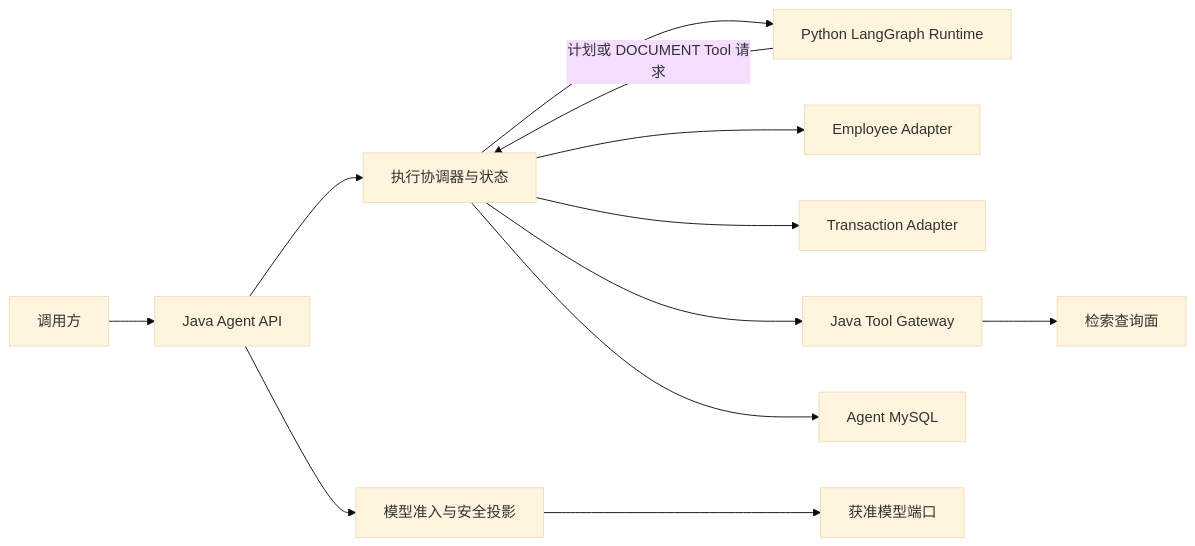
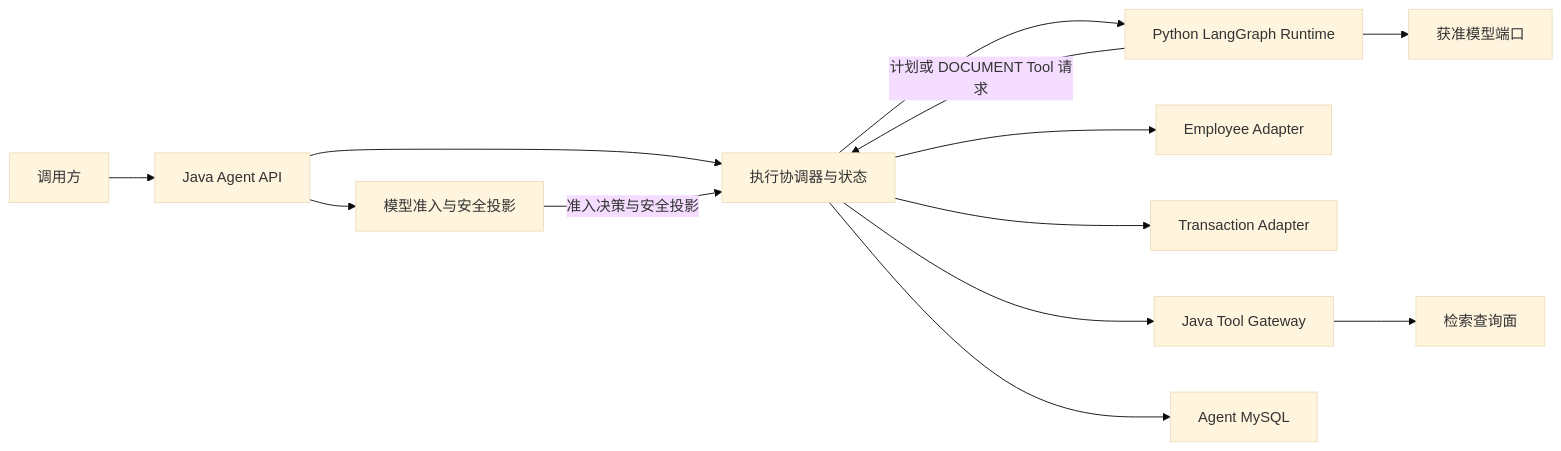
One commit to KyriosoO/springcloud-demo changed the diagram in docs/design/agent/单体Agent应用与能力架构_L1_v1.0.md. Above: the diagram before and after it, drawn with Mermaid (base theme). The commit also changed other lines of this file and 5 other files, not shown here.

````diff
--- a/docs/design/agent/单体Agent应用与能力架构_L1_v1.0.md
+++ b/docs/design/agent/单体Agent应用与能力架构_L1_v1.0.md
@@ -135,14 +138,15 @@
 ```mermaid
 flowchart LR
     C["调用方"] --> API["Java Agent API"]
     API --> SEC["模型准入与安全投影"]
     API --> EXE["执行协调器与状态"]
+    SEC -->|"准入决策与安全投影"| EXE
     EXE --> RT["Python LangGraph Runtime"]
     RT -->|"计划或 DOCUMENT Tool 请求"| EXE
     EXE --> EA["Employee Adapter"]
     EXE --> TA["Transaction Adapter"]
     EXE --> TG["Java Tool Gateway"]
     TG --> RQ["检索查询面"]
     EXE --> DB["Agent MySQL"]
-    SEC --> MP["获准模型端口"]
+    RT --> MP["获准模型端口"]
 ```
````
